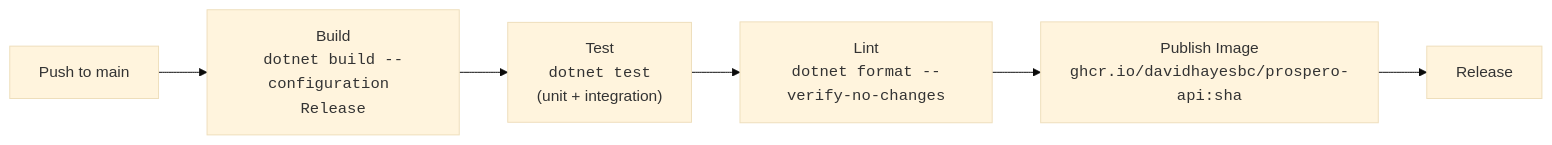
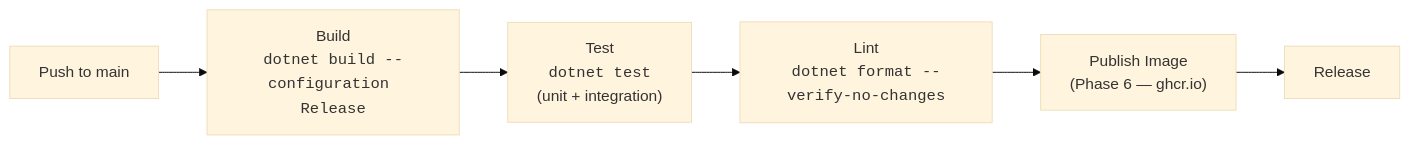
The fifth of 5 diagrams in docs/IMPLEMENTATION-PLAN.md (davidhayesbc/finance), drawn with Mermaid (base theme) before and after one commit. The commit also changed other lines of this file and 4 other files, not shown here.

Commit message:
feat(docs): Update documentation for plugin architecture, data loader, and implementation plan

````diff
--- a/docs/IMPLEMENTATION-PLAN.md
+++ b/docs/IMPLEMENTATION-PLAN.md
@@ -1026,8 +1051,8 @@
 ```mermaid
 graph LR
     Push["Push to main"] --> Build["Build<br/><code>dotnet build --configuration Release</code>"]
     Build --> Test["Test<br/><code>dotnet test</code><br/>(unit + integration)"]
     Test --> Lint["Lint<br/><code>dotnet format --verify-no-changes</code>"]
-    Lint --> Publish["Publish Image<br/><code>ghcr.io/davidhayesbc/prospero-api:sha</code>"]
+    Lint --> Publish["Publish Image<br/>(Phase 6 — ghcr.io)"]
     Publish --> Release["Release"]
 ```
````
